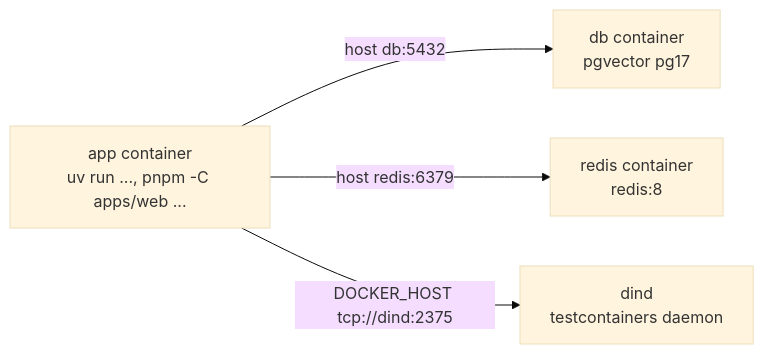
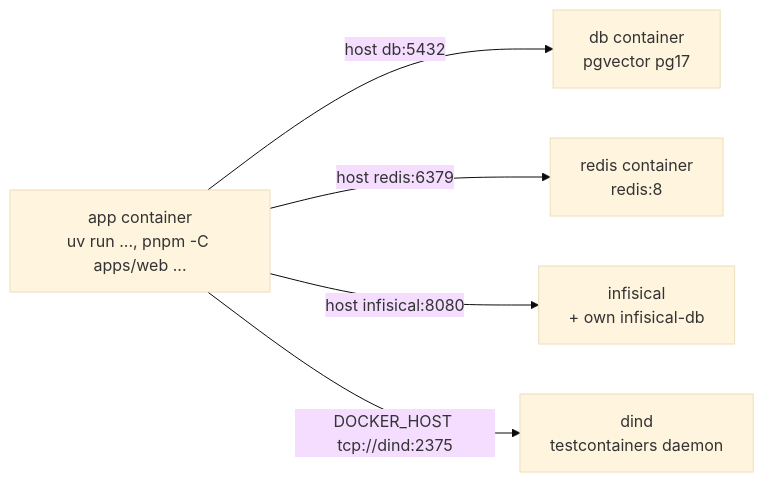
One commit to mac-lisowski/project-taipan changed the diagram in .devcontainer/README.md. Above: the diagram before and after it, drawn with Mermaid (base theme). The commit also changed other lines of this file and 40 other files, not shown here.

````diff
--- a/.devcontainer/README.md
+++ b/.devcontainer/README.md
@@ -7,6 +7,7 @@
 ```mermaid
 graph LR
   A[app container<br>uv run ..., pnpm -C apps/web ...] -->|host db:5432| B[db container<br>pgvector pg17]
   A -->|host redis:6379| R[redis container<br>redis:8]
+  A -->|host infisical:8080| I[infisical<br>+ own infisical-db]
   A -->|DOCKER_HOST tcp://dind:2375| C[dind<br>testcontainers daemon]
 ```
````
